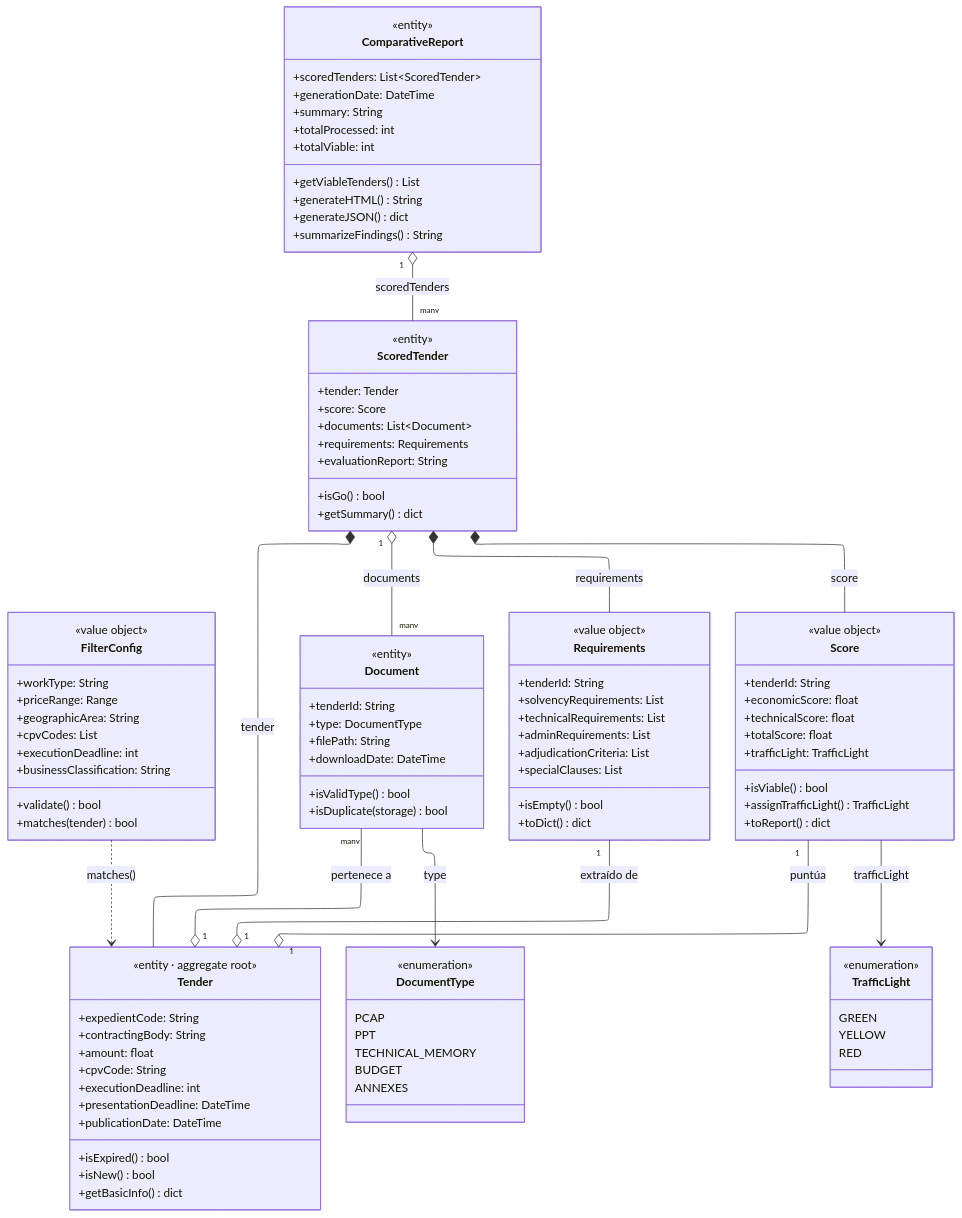
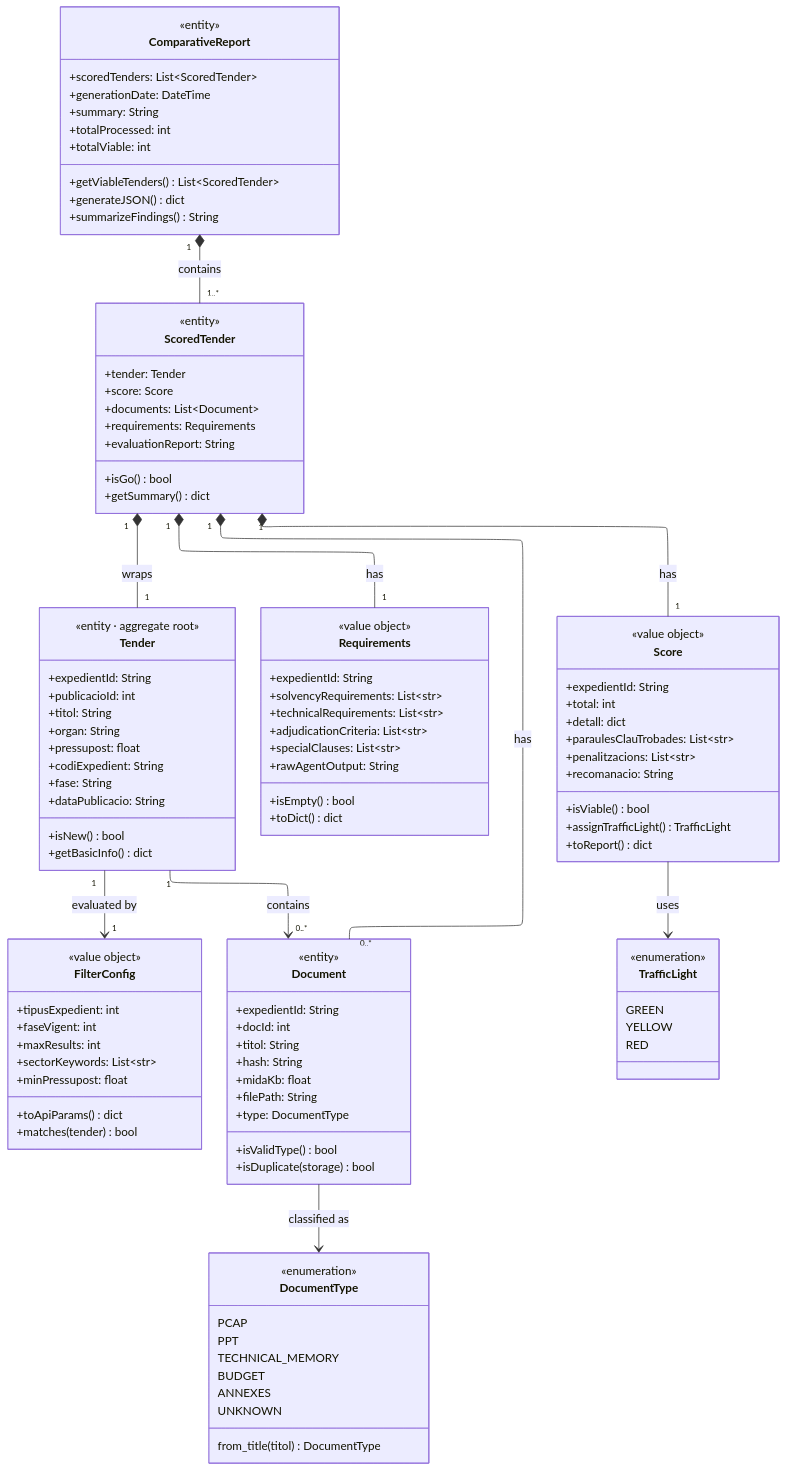
One commit to 3ozone/w2flow changed the diagram in docs/diagramas/clases/entidades_diagram.md. Above: the diagram before and after it, drawn with Mermaid. The commit also changed 21 other files, not shown here.

First line of the commit message:
Refactor entities and value objects: Update Tender and Document structures, enhance FilterConfig, add unit tests for Document, Tender, and other value objects

````diff
--- a/docs/diagramas/clases/entidades_diagram.md
+++ b/docs/diagramas/clases/entidades_diagram.md
@@ -6,36 +6,38 @@
 classDiagram
     class Tender {
         <<entity · aggregate root>>
-        +expedientCode: String
-        +contractingBody: String
-        +amount: float
-        +cpvCode: String
-        +executionDeadline: int
-        +presentationDeadline: DateTime
-        +publicationDate: DateTime
-        +isExpired() bool
+        +expedientId: String
+        +publicacioId: int
+        +titol: String
+        +organ: String
+        +pressupost: float
+        +codiExpedient: String
+        +fase: String
+        +dataPublicacio: String
         +isNew() bool
         +getBasicInfo() dict
     }
 
     class FilterConfig {
         <<value object>>
-        +workType: String
-        +priceRange: Range
-        +geographicArea: String
-        +cpvCodes: List
-        +executionDeadline: int
-        +businessClassification: String
-        +validate() bool
+        +tipusExpedient: int
+        +faseVigent: int
+        +maxResults: int
+        +sectorKeywords: List~str~
+        +minPressupost: float
+        +toApiParams() dict
         +matches(tender) bool
     }
 
     class Document {
         <<entity>>
-        +tenderId: String
+        +expedientId: String
+        +docId: int
+        +titol: String
+        +hash: String
+        +midaKb: float
+        +filePath: String
         +type: DocumentType
-        +filePath: String
-        +downloadDate: DateTime
         +isValidType() bool
         +isDuplicate(storage) bool
     }
@@ -47,27 +49,30 @@
         TECHNICAL_MEMORY
         BUDGET
         ANNEXES
+        UNKNOWN
+        from_title(titol) DocumentType
     }
 
     class Requirements {
         <<value object>>
-        +tenderId: String
-        +solvencyRequirements: List
-        +technicalRequirements: List
-        +adminRequirements: List
-        +adjudicationCriteria: List
-        +specialClauses: List
+        +expedientId: String
+        +solvencyRequirements: List~str~
+        +technicalRequirements: List~str~
+        +adjudicationCriteria: List~str~
+        +specialClauses: List~str~
+        +rawAgentOutput: String
         +isEmpty() bool
         +toDict() dict
     }
 
     class Score {
         <<value object>>
-        +tenderId: String
-        +economicScore: float
-        +technicalScore: float
-        +totalScore: float
-        +trafficLight: TrafficLight
+        +expedientId: String
+        +total: int
+        +detall: dict
+        +paraulesClauTrobades: List~str~
+        +penalitzacions: List~str~
+        +recomanacio: String
         +isViable() bool
         +assignTrafficLight() TrafficLight
         +toReport() dict
@@ -98,27 +103,18 @@
         +summary: String
         +totalProcessed: int
         +totalViable: int
-        +getViableTenders() List
-        +generateHTML() String
+        +getViableTenders() List~ScoredTender~
         +generateJSON() dict
         +summarizeFindings() String
     }
 
-    %% Relaciones
-    FilterConfig ..> Tender : matches()
-
-    Document --> DocumentType : type
-    Document "many" --o "1" Tender : pertenece a
-
-    Requirements "1" --o "1" Tender : extraído de
-
-    Score --> TrafficLight : trafficLight
-    Score "1" --o "1" Tender : puntúa
-
-    ScoredTender *-- Tender : tender
-    ScoredTender *-- Score : score
-    ScoredTender *-- Requirements : requirements
-    ScoredTender "1" o-- "many" Document : documents
-
-    ComparativeReport "1" o-- "many" ScoredTender : scoredTenders
+    Tender "1" --> "0..*" Document : contains
+    Tender "1" --> "1" FilterConfig : evaluated by
+    Document --> DocumentType : classified as
+    Score --> TrafficLight : uses
+    ScoredTender "1" *-- "1" Tender : wraps
+    ScoredTender "1" *-- "1" Score : has
+    ScoredTender "1" *-- "0..*" Document : has
+    ScoredTender "1" *-- "1" Requirements : has
+    ComparativeReport "1" *-- "1..*" ScoredTender : contains
 ```
````
